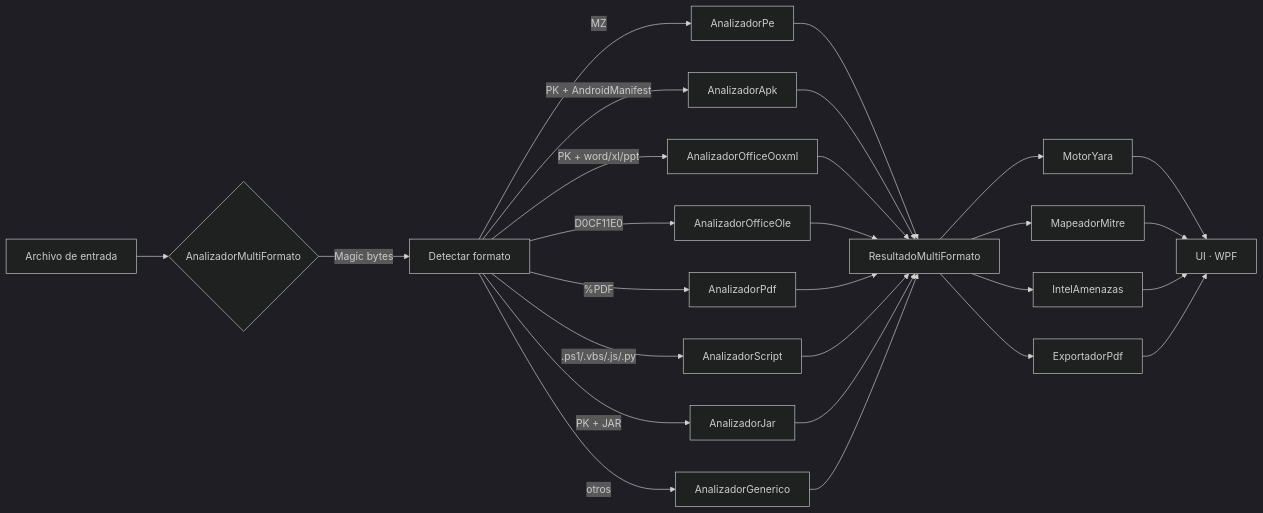
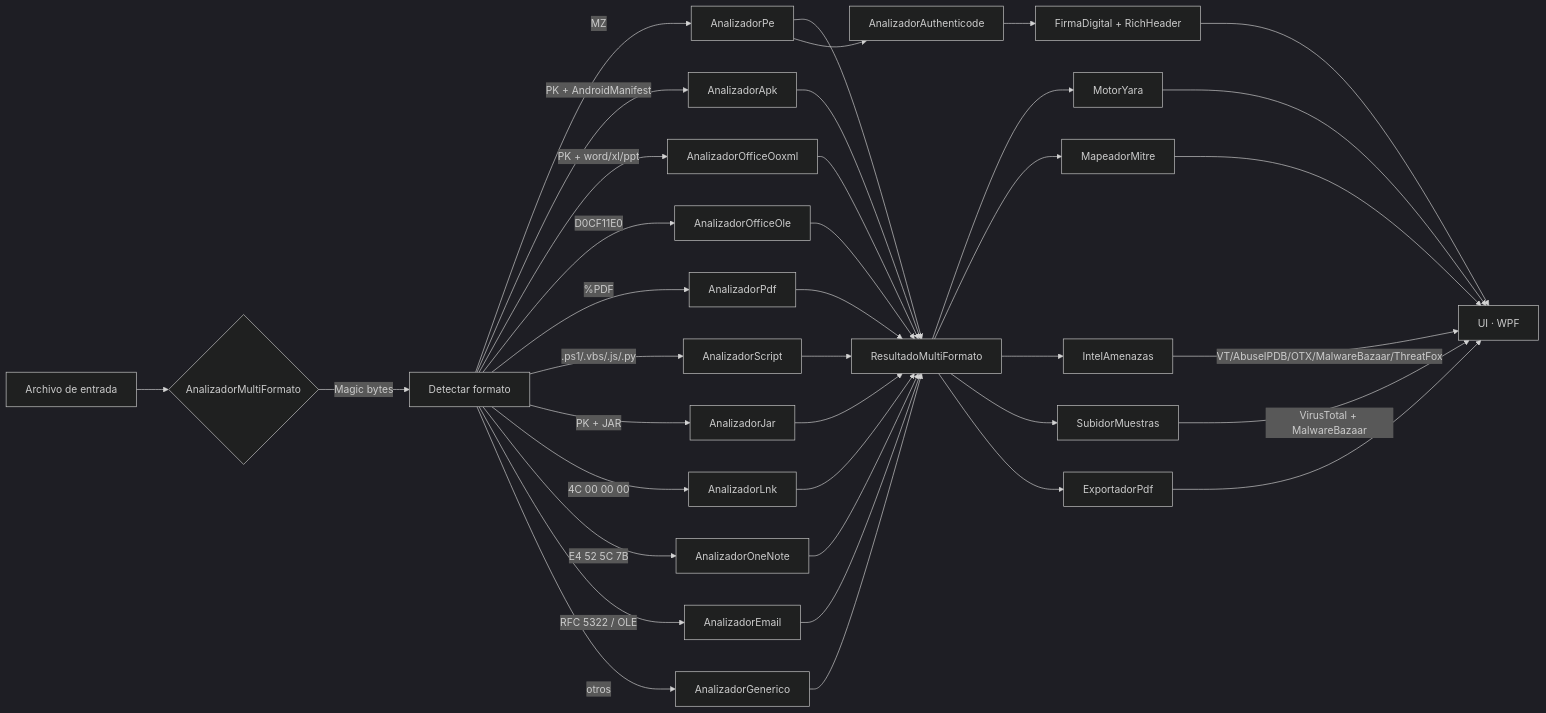
Before and after one commit to R3LI4NT/Malyzer: the diagram in README.md, drawn with Mermaid (dark theme). The commit also changed other lines of this file, not shown here.

````diff
--- a/README.md
+++ b/README.md
@@ -363,30 +513,42 @@
 ```mermaid
 flowchart LR
     A[Archivo de entrada] --> B{AnalizadorMultiFormato}
     B -->|Magic bytes| C[Detectar formato]
 
     C -->|MZ| D[AnalizadorPe]
     C -->|PK + AndroidManifest| E[AnalizadorApk]
     C -->|PK + word/xl/ppt| F[AnalizadorOfficeOoxml]
     C -->|D0CF11E0| G[AnalizadorOfficeOle]
     C -->|%PDF| H[AnalizadorPdf]
     C -->|.ps1/.vbs/.js/.py| I[AnalizadorScript]
     C -->|PK + JAR| J[AnalizadorJar]
-    C -->|otros| K[AnalizadorGenerico]
+    C -->|4C 00 00 00| K[AnalizadorLnk]
+    C -->|E4 52 5C 7B| L[AnalizadorOneNote]
+    C -->|RFC 5322 / OLE| M[AnalizadorEmail]
+    C -->|otros| N[AnalizadorGenerico]
 
-    D --> L[ResultadoMultiFormato]
-    E --> L
-    F --> L
-    G --> L
-    H --> L
-    I --> L
-    J --> L
-    K --> L
+    D --> O[ResultadoMultiFormato]
+    E --> O
+    F --> O
+    G --> O
+    H --> O
+    I --> O
+    J --> O
+    K --> O
+    L --> O
+    M --> O
+    N --> O
 
-    L --> M[MotorYara]
-    L --> N[MapeadorMitre]
-    L --> O[IntelAmenazas]
-    L --> P[ExportadorPdf]
+    D --> P[AnalizadorAuthenticode]
+    P --> Q[FirmaDigital + RichHeader]
 
-    M & N & O & P --> Q[UI · WPF]
+    O --> R[MotorYara]
+    O --> S[MapeadorMitre]
+    O --> T[IntelAmenazas]
+    O --> U[SubidorMuestras]
+    O --> V[ExportadorPdf]
+
+    T -->|VT/AbuseIPDB/OTX/MalwareBazaar/ThreatFox| W[UI · WPF]
+    U -->|VirusTotal + MalwareBazaar| W
+    R & S & V & Q --> W
 ```
````
